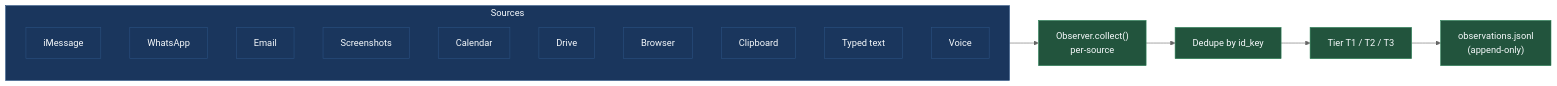
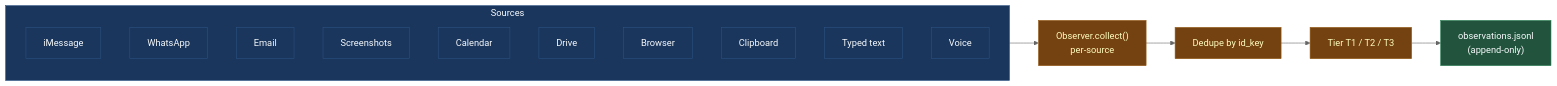
Before and after one commit to dwurtz/lighthouse: the second of 4 diagrams in docs-site/docs/pipelines.md, drawn with Mermaid (neutral theme). The commit also changed other lines of this file and 11 other files, not shown here.

````diff
--- a/docs-site/docs/pipelines.md
+++ b/docs-site/docs/pipelines.md
@@ -23,25 +28,29 @@
 ```mermaid
 flowchart LR
     subgraph Sources
         M[iMessage]
         W[WhatsApp]
         E[Email]
         S[Screenshots]
         C[Calendar]
         D[Drive]
         B[Browser]
         CL[Clipboard]
         T[Typed text]
         V[Voice]
     end
 
     Sources --> Collect["Observer.collect()<br/>per-source"]
     Collect --> Dedupe["Dedupe by id_key"]
     Dedupe --> Tier["Tier T1 / T2 / T3"]
     Tier --> Persist["observations.jsonl<br/>(append-only)"]
 
-    classDef src fill:#1a365d,stroke:#2c5282,color:#f7fafc
-    classDef op fill:#22543d,stroke:#2f855a,color:#f7fafc
-    class Sources,M,W,E,S,C,D,B,CL,T,V src
-    class Collect,Dedupe,Tier,Persist op
+    classDef source  fill:#1a365d,stroke:#2c5282,color:#f7fafc
+    classDef wiki    fill:#22543d,stroke:#2f855a,color:#f7fafc
+    classDef process fill:#744210,stroke:#975a16,color:#fefcbf
+    classDef cos     fill:#975a16,stroke:#d69e2e,color:#fefcbf
+    classDef aside   fill:#3d3d3d,stroke:#555,color:#ccc
+    class Sources,M,W,E,S,C,D,B,CL,T,V source
+    class Collect,Dedupe,Tier process
+    class Persist wiki
 ```
````
